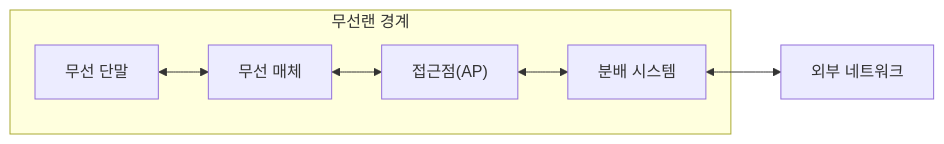
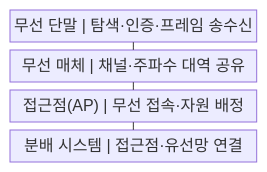
One commit to agnusdei1207/knowledge-base changed the first of 2 diagrams in src/content/docs/notes/04-network/032_wi_fi_standards.md. Above: the diagram before and after it, drawn with Mermaid. The commit also changed other lines of this file and 20 other files, not shown here.

````diff
--- a/src/content/docs/notes/04-network/032_wi_fi_standards.md
+++ b/src/content/docs/notes/04-network/032_wi_fi_standards.md
@@ -51,14 +51,11 @@
 ```mermaid
-flowchart LR
-  N["외부 네트워크"]
-  subgraph W["무선랜 경계"]
-    S["무선 단말"]
-    M["무선 매체"]
-    A["접근점(AP)"]
-    D["분배 시스템"]
-    S <--> M
-    M <--> A
-    A <--> D
-  end
-  D <--> N
+block
+    columns 1
+    A["무선 단말 | 탐색·인증·프레임 송수신"]
+    B["무선 매체 | 채널·주파수 대역 공유"]
+    C["접근점(AP) | 무선 접속·자원 배정"]
+    D["분배 시스템 | 접근점·유선망 연결"]
+    A --- B
+    B --- C
+    C --- D
 ```
````
